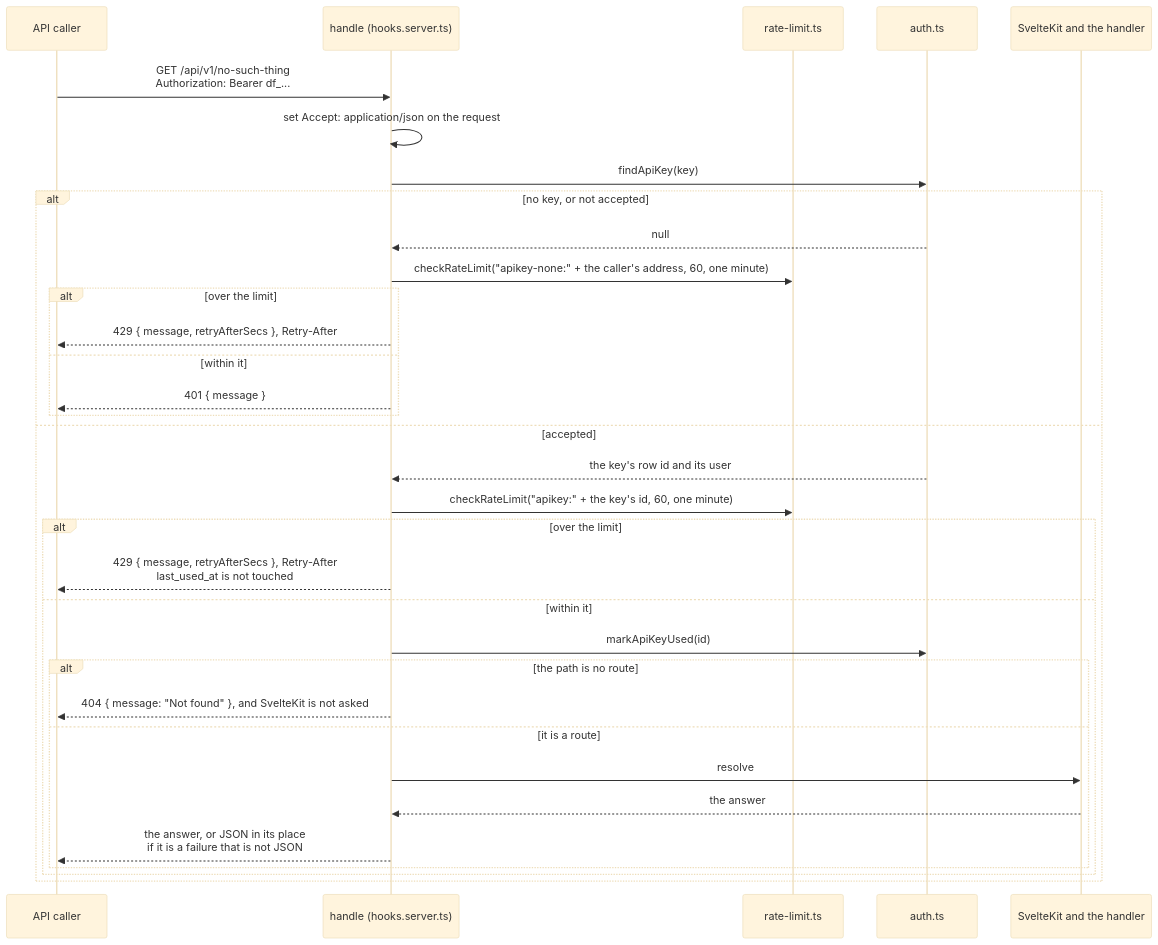
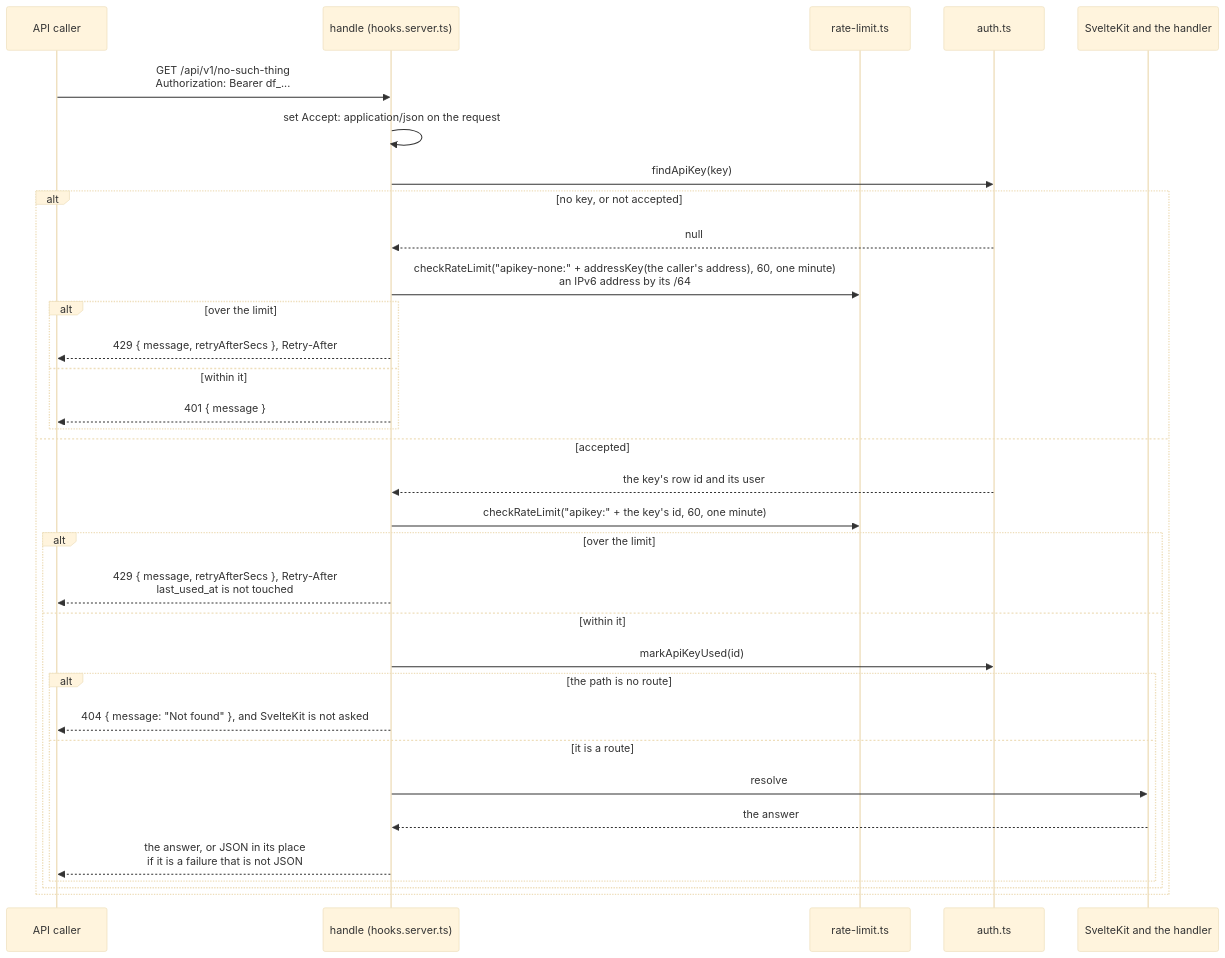
One commit to gitBoon/DumpFire changed diagram 15 of 21 in docs/authentication-security.md. Above: the diagram before and after it, drawn with Mermaid (base theme). The commit also changed other lines of this file and 39 other files, not shown here.

````diff
--- a/docs/authentication-security.md
+++ b/docs/authentication-security.md
@@ -1049,36 +1515,36 @@
 ```mermaid
 sequenceDiagram
     participant C as API caller
     participant G as handle (hooks.server.ts)
     participant R as rate-limit.ts
     participant A as auth.ts
     participant K as SvelteKit and the handler
 
     C->>G: GET /api/v1/no-such-thing<br/>Authorization: Bearer df_...
     G->>G: set Accept: application/json on the request
     G->>A: findApiKey(key)
     alt no key, or not accepted
         A-->>G: null
-        G->>R: checkRateLimit("apikey-none:" + the caller's address, 60, one minute)
+        G->>R: checkRateLimit("apikey-none:" + addressKey(the caller's address), 60, one minute)<br/>an IPv6 address by its /64
         alt over the limit
             G-->>C: 429 { message, retryAfterSecs }, Retry-After
         else within it
             G-->>C: 401 { message }
         end
     else accepted
         A-->>G: the key's row id and its user
         G->>R: checkRateLimit("apikey:" + the key's id, 60, one minute)
         alt over the limit
             G-->>C: 429 { message, retryAfterSecs }, Retry-After<br/>last_used_at is not touched
         else within it
             G->>A: markApiKeyUsed(id)
             alt the path is no route
                 G-->>C: 404 { message: "Not found" }, and SvelteKit is not asked
             else it is a route
                 G->>K: resolve
                 K-->>G: the answer
                 G-->>C: the answer, or JSON in its place<br/>if it is a failure that is not JSON
             end
         end
     end
 ```
````
